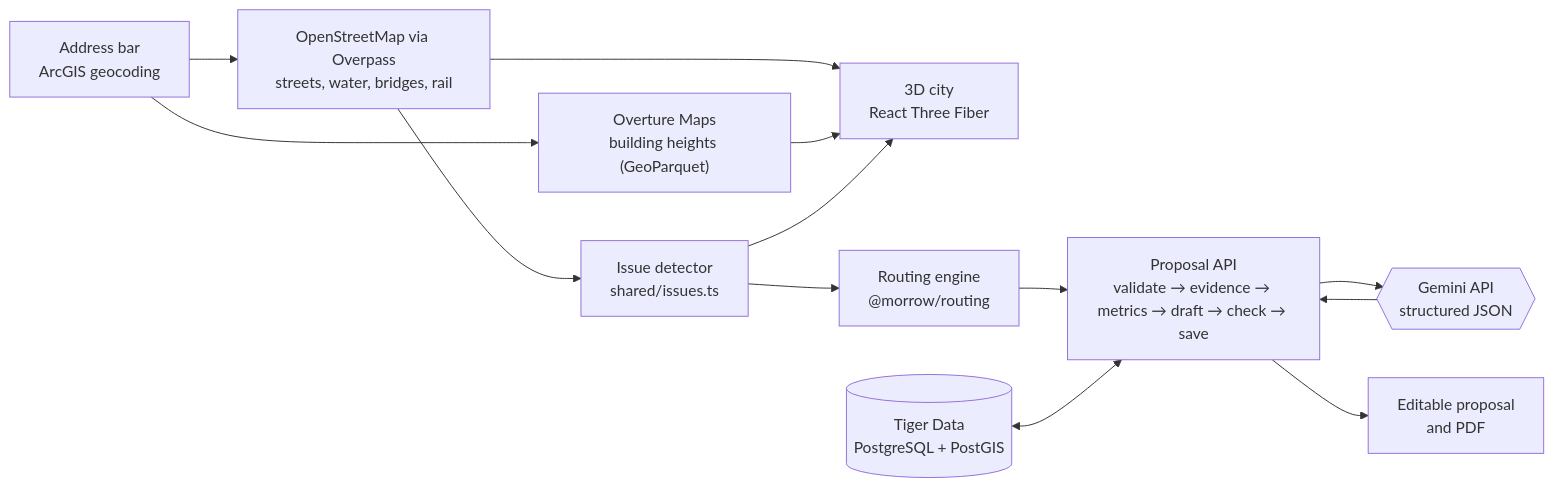
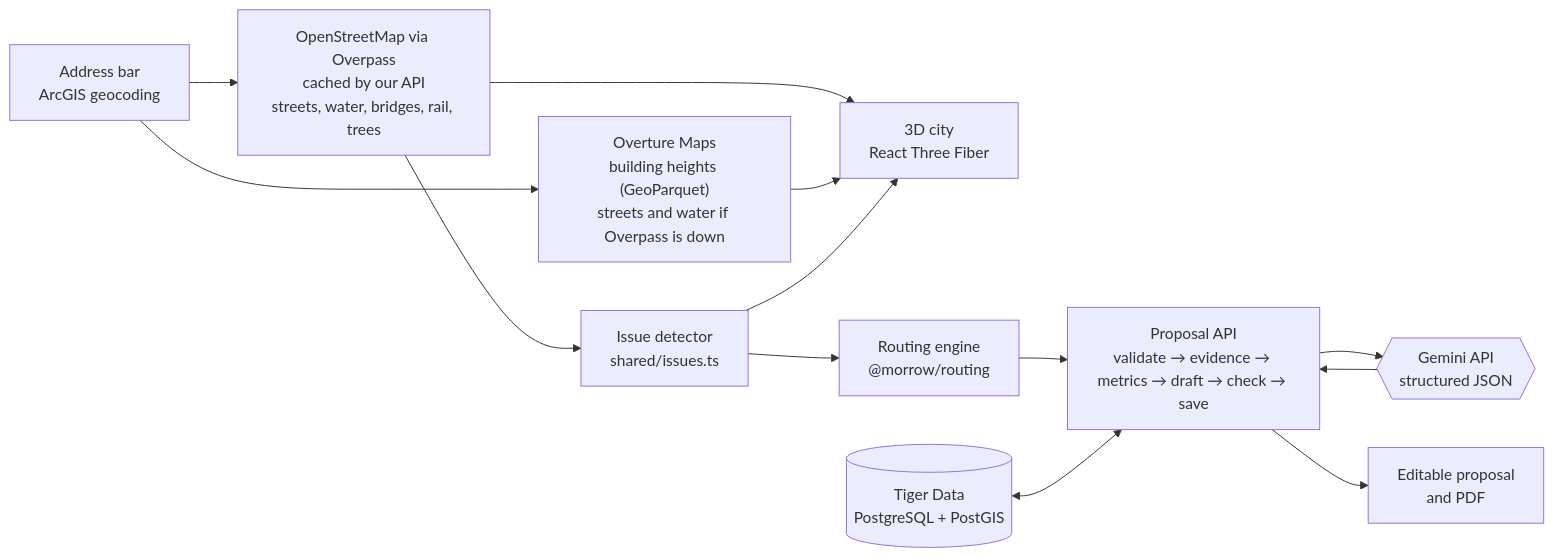
The diagram in README.md (LavishSphere/MORROW), drawn with Mermaid before and after one commit. The commit also changed other lines of this file and 1 other file, not shown here.

Commit message:
Update the README for today's changes: map cache, Overture fallback, golden hour, trees, OpenRouter fallback.

````diff
--- a/README.md
+++ b/README.md
@@ -103,15 +103,15 @@
 ```mermaid
 flowchart LR
-    A["Address bar<br/>ArcGIS geocoding"] --> B["OpenStreetMap via Overpass<br/>streets, water, bridges, rail"]
-    A --> C["Overture Maps<br/>building heights (GeoParquet)"]
+    A["Address bar<br/>ArcGIS geocoding"] --> B["OpenStreetMap via Overpass<br/>cached by our API<br/>streets, water, bridges, rail, trees"]
+    A --> C["Overture Maps<br/>building heights (GeoParquet)<br/>streets and water if Overpass is down"]
     B --> D["3D city<br/>React Three Fiber"]
     C --> D
     B --> E["Issue detector<br/>shared/issues.ts"]
     E --> D
     E --> F["Routing engine<br/>@morrow/routing"]
     F --> G["Proposal API<br/>validate → evidence → metrics → draft → check → save"]
     T[("Tiger Data<br/>PostgreSQL + PostGIS")] <--> G
     G --> H{{"Gemini API<br/>structured JSON"}}
     H --> G
     G --> P["Editable proposal<br/>and PDF"]
 ```
````
